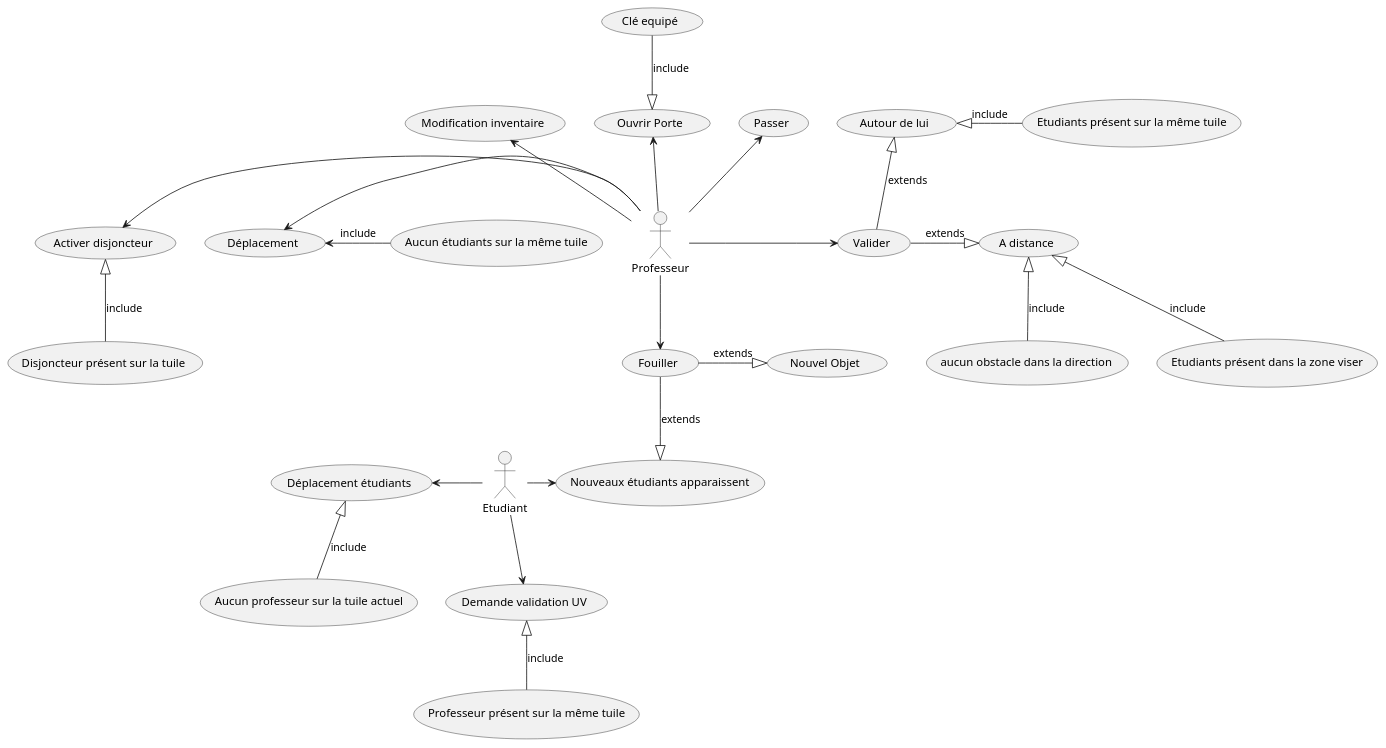
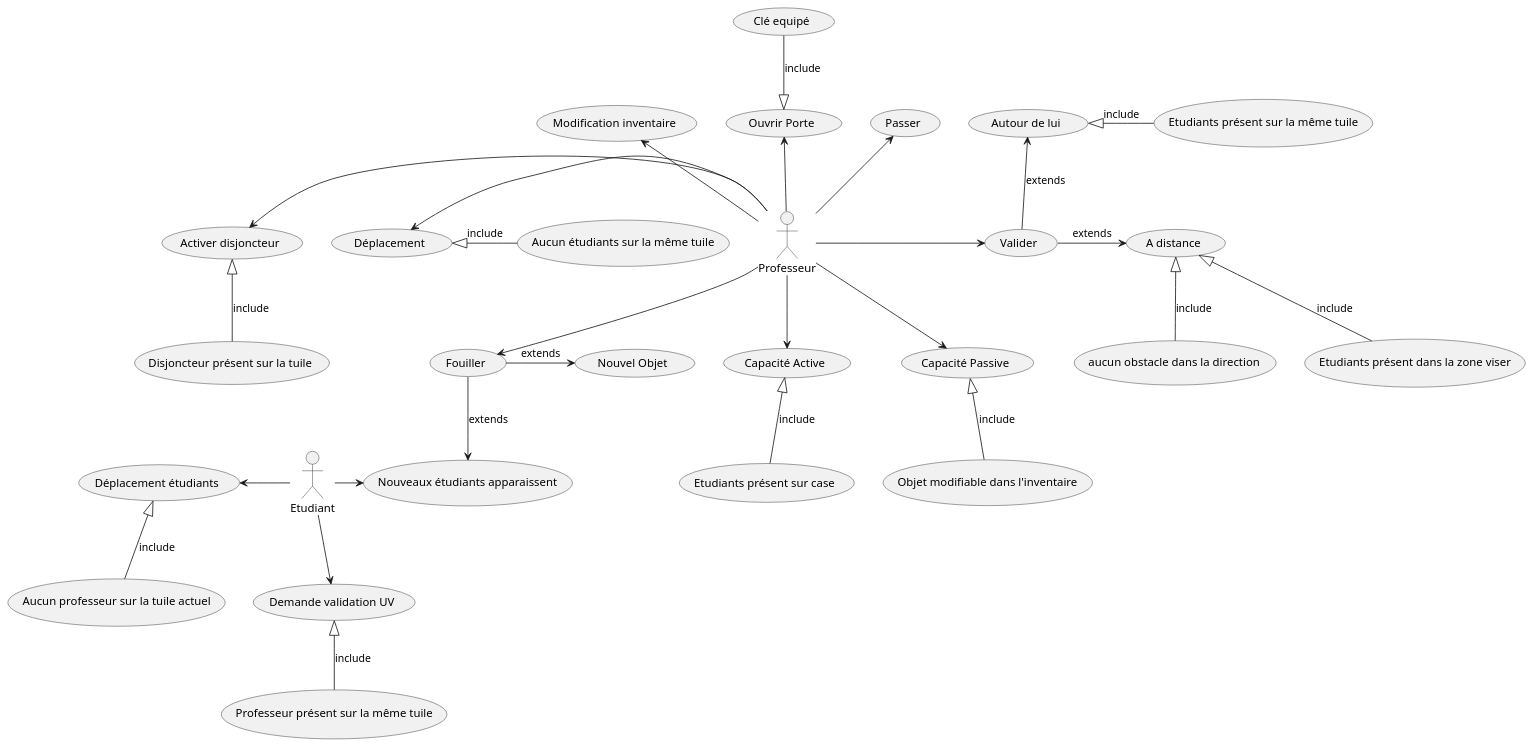
One commit to Erathriel/Projet_LO43 changed the diagram in UML/Diag_UseCase.puml. Above: the diagram before and after it, drawn with PlantUML. The commit also changed 21 other files, not shown here.

```diff
--- a/UML/Diag_UseCase.puml
+++ b/UML/Diag_UseCase.puml
@@ -1,27 +1,31 @@
  @startuml
 :Professeur: as Prof
 :Etudiant: as Etu
 Prof -up-> (Passer)
 Prof -left-> (Déplacement)
-(Déplacement)<- (Aucun étudiants sur la même tuile) :include
+(Déplacement)<|- (Aucun étudiants sur la même tuile) :include
 Prof -> (Valider)
-(Valider) -up-|> (Autour de lui) : extends
+(Valider) -up-> (Autour de lui) : extends
 (Autour de lui) <|-right- (Etudiants présent sur la même tuile) : include
-(Valider) -right-|> (A distance) :extends
+(Valider) -right-> (A distance) :extends
 (A distance) <|-- (aucun obstacle dans la direction) :include
 (A distance) <|-- (Etudiants présent dans la zone viser) :include
 Prof --> (Fouiller)
-(Fouiller) -right-|> (Nouvel Objet) : extends
-(Fouiller) --|> (Nouveaux étudiants apparaissent) :extends
+(Fouiller) -right-> (Nouvel Objet) : extends
+(Fouiller) --> (Nouveaux étudiants apparaissent) :extends
 Prof -up-> (Ouvrir Porte)
 (Ouvrir Porte) <|-up- (Clé equipé) :include
 Prof -up-> (Modification inventaire)
 Prof -left-> (Activer disjoncteur)
+Prof -down-> (Capacité Active)
+(Capacité Active) <|-- (Etudiants présent sur case):include
+Prof -down-> (Capacité Passive)
+(Capacité Passive) <|-- (Objet modifiable dans l'inventaire):include
 (Activer disjoncteur) <|-- (Disjoncteur présent sur la tuile) :include
 Etu ->(Nouveaux étudiants apparaissent)
 Etu -down-> (Demande validation UV)
 (Demande validation UV) <|-- (Professeur présent sur la même tuile) :include
 Etu -left-> (Déplacement étudiants)
 (Déplacement étudiants) <|-- (Aucun professeur sur la tuile actuel) :include
 
 @enduml
```
